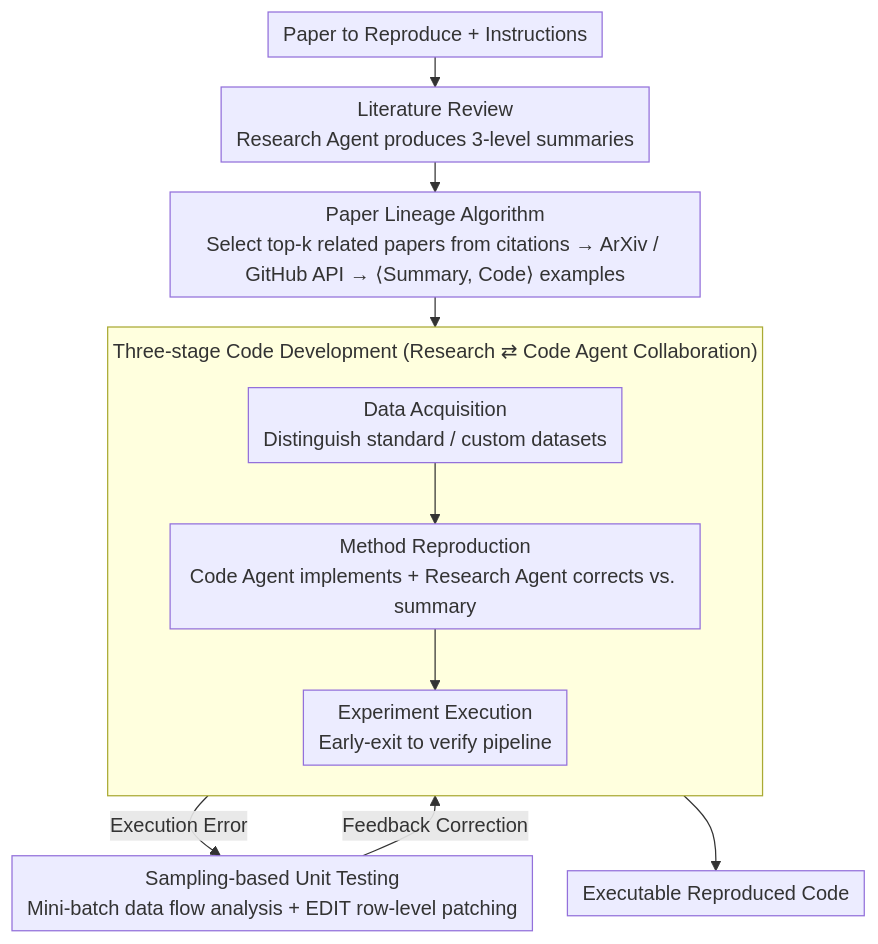
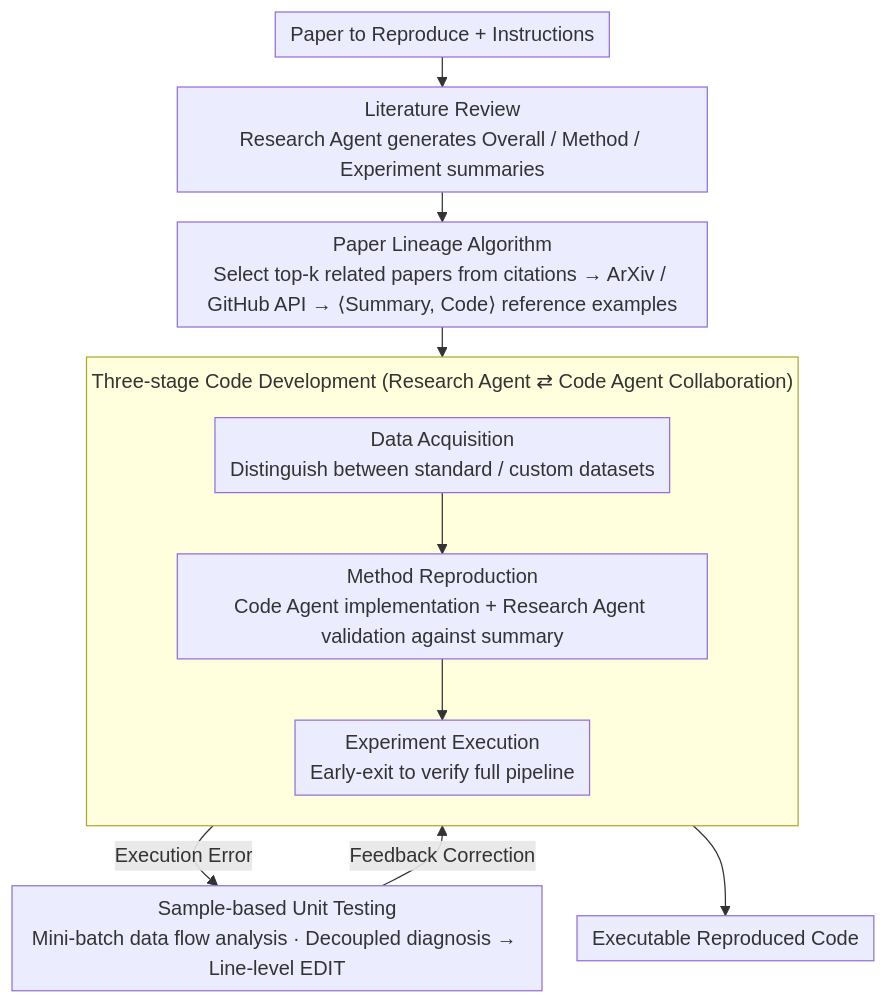
Before and after one commit to zhaoyang97/Paper-Notes-en: the diagram in docs/ACL2026/multi_agent/autoreproduce_automatic_ai_experiment_reproduction_with_paper_lineage.md, drawn with Mermaid. The commit also changed other lines of this file and 5084 other files, not shown here.

````diff
--- a/docs/ACL2026/multi_agent/autoreproduce_automatic_ai_experiment_reproduction_with_paper_lineage.md
+++ b/docs/ACL2026/multi_agent/autoreproduce_automatic_ai_experiment_reproduction_with_paper_lineage.md
@@ -44,17 +44,17 @@
 ```mermaid
 %%{init: {'flowchart': {'rankSpacing': 24, 'nodeSpacing': 28, 'padding': 6, 'wrappingWidth': 400, 'subGraphTitleMargin': {'top': 8, 'bottom': 16}}}}%%
 flowchart TD
-    A["Paper to Reproduce + Instructions"] --> B["Literature Review<br/>Research Agent produces 3-level summaries"]
-    B --> C["Paper Lineage Algorithm<br/>Select top-k related papers from citations → ArXiv / GitHub API → ⟨Summary, Code⟩ examples"]
+    A["Paper to Reproduce + Instructions"] --> B["Literature Review<br/>Research Agent generates Overall / Method / Experiment summaries"]
+    B --> C["Paper Lineage Algorithm<br/>Select top-k related papers from citations → ArXiv / GitHub API → ⟨Summary, Code⟩ reference examples"]
     C --> D
-    subgraph D["Three-stage Code Development (Research ⇄ Code Agent Collaboration)"]
+    subgraph D["Three-stage Code Development (Research Agent ⇄ Code Agent Collaboration)"]
         direction TB
-        D1["Data Acquisition<br/>Distinguish standard / custom datasets"]
-        D2["Method Reproduction<br/>Code Agent implements + Research Agent corrects vs. summary"]
-        D3["Experiment Execution<br/>Early-exit to verify pipeline"]
+        D1["Data Acquisition<br/>Distinguish between standard / custom datasets"]
+        D2["Method Reproduction<br/>Code Agent implementation + Research Agent validation against summary"]
+        D3["Experiment Execution<br/>Early-exit to verify full pipeline"]
         D1 --> D2 --> D3
     end
-    D -->|Execution Error| E["Sampling-based Unit Testing<br/>Mini-batch data flow analysis + EDIT row-level patching"]
+    D -->|Execution Error| E["Sample-based Unit Testing<br/>Mini-batch data flow analysis · Decoupled diagnosis → Line-level EDIT"]
     E -->|Feedback Correction| D
     D --> F["Executable Reproduced Code"]
 ```
````
